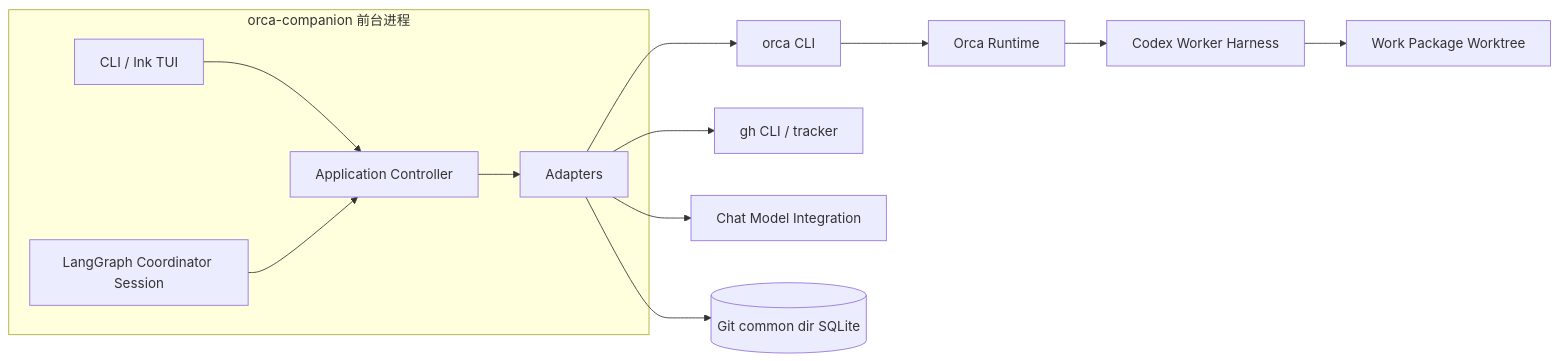
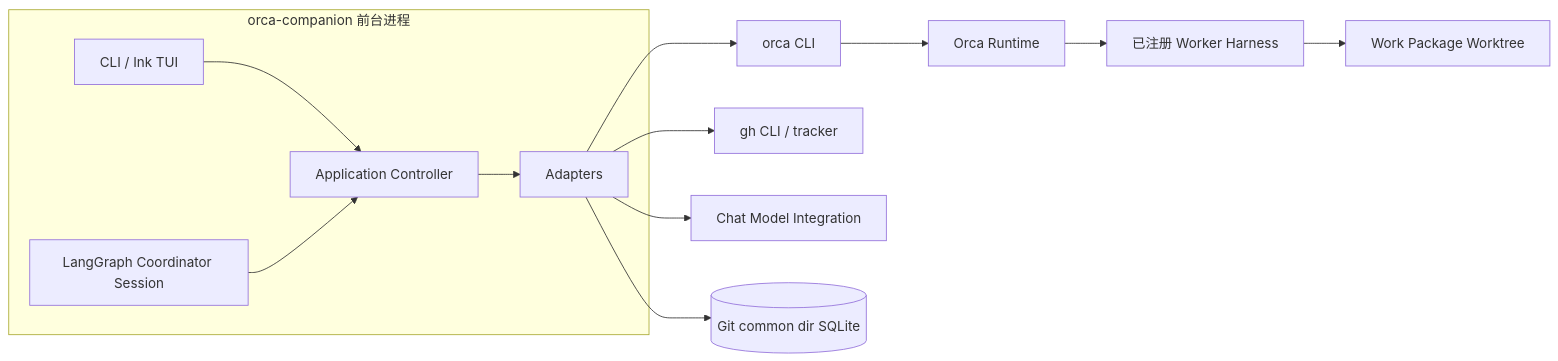
Before and after one commit to leike0813/orca-companion: the third of 10 diagrams in docs/architecture.md, drawn with Mermaid. The commit also changed other lines of this file and 320 other files, not shown here.

````diff
--- a/docs/architecture.md
+++ b/docs/architecture.md
@@ -174,20 +178,20 @@
 ```mermaid
 flowchart LR
   subgraph Process[orca-companion 前台进程]
     UI[CLI / Ink TUI]
     Controller[Application Controller]
     Graph[LangGraph Coordinator Session]
     AdapterSet[Adapters]
   end
 
   UI --> Controller
   Graph --> Controller
   Controller --> AdapterSet
   AdapterSet --> OrcaCLI[orca CLI]
   AdapterSet --> GH[gh CLI / tracker]
   AdapterSet --> ModelAPI[Chat Model Integration]
   AdapterSet --> SQLite[(Git common dir SQLite)]
   OrcaCLI --> Runtime[Orca Runtime]
-  Runtime --> Worker[Codex Worker Harness]
+  Runtime --> Worker[已注册 Worker Harness]
   Worker --> WT[Work Package Worktree]
 ```
````
